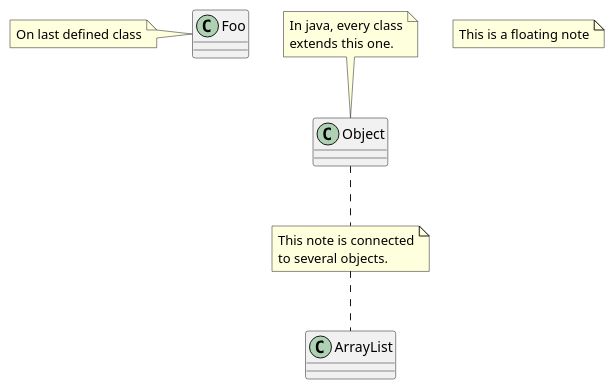
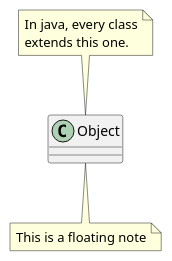
One commit to studykit/studykit-marketplace changed diagram 12 of 13 in plugins/plantuml/skills/class-diagram/SKILL.md. Above: the diagram before and after it, drawn with PlantUML. The commit also changed other lines of this file and 9 other files, not shown here.

First line of the commit message:
refactor: trim PlantUML skill SKILL.md files and extract advanced references

````diff
--- a/plugins/plantuml/skills/class-diagram/SKILL.md
+++ b/plugins/plantuml/skills/class-diagram/SKILL.md
@@ -540,15 +196,10 @@
 ```plantuml
 @startuml
 class Object
 
 note top of Object : In java, every class\nextends this one.
 
 note "This is a floating note" as N1
-note "This note is connected\nto several objects." as N2
-Object .. N2
-N2 .. ArrayList
-
-class Foo
-note left: On last defined class
+Object .. N1
 @enduml
 ```
````
